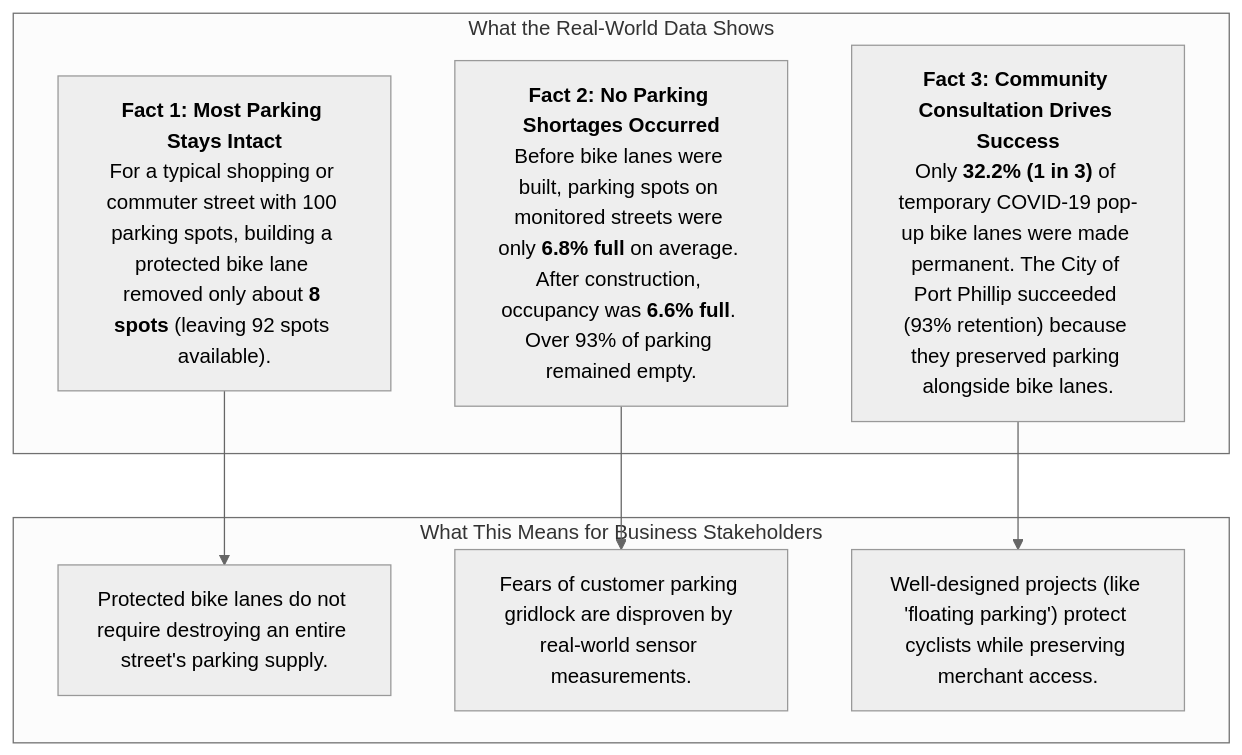
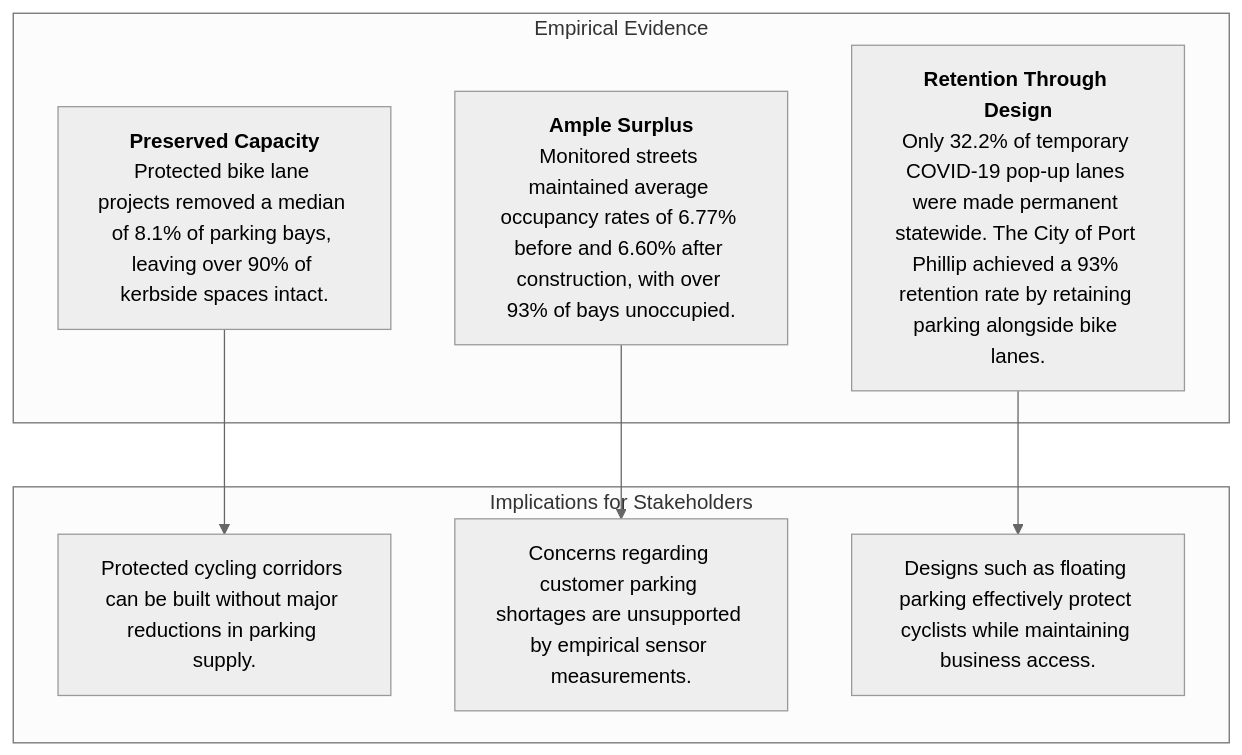
Before and after one commit to rooien/urban-analysis: the first of 6 diagrams in team_b/PARKING_UTILISATION_INSIGHTS.md, drawn with Mermaid (neutral theme). The commit also changed other lines of this file, not shown here.

````diff
--- a/team_b/PARKING_UTILISATION_INSIGHTS.md
+++ b/team_b/PARKING_UTILISATION_INSIGHTS.md
@@ -30,18 +30,18 @@
 ```mermaid
 flowchart TD
-    subgraph Facts ["What the Real-World Data Shows"]
-        F1["<b>Fact 1: Most Parking Stays Intact</b><br/>For a typical shopping or commuter street with 100 parking spots, building a protected bike lane removed only about <b>8 spots</b> (leaving 92 spots available)."]
-        F2["<b>Fact 2: No Parking Shortages Occurred</b><br/>Before bike lanes were built, parking spots on monitored streets were only <b>6.8% full</b> on average. After construction, occupancy was <b>6.6% full</b>. Over 93% of parking remained empty."]
-        F3["<b>Fact 3: Community Consultation Drives Success</b><br/>Only <b>32.2% (1 in 3)</b> of temporary COVID-19 pop-up bike lanes were made permanent. The City of Port Phillip succeeded (93% retention) because they preserved parking alongside bike lanes."]
+    subgraph Findings ["Empirical Evidence"]
+        F1["<b>Preserved Capacity</b><br/>Protected bike lane projects removed a median of 8.1% of parking bays, leaving over 90% of kerbside spaces intact."]
+        F2["<b>Ample Surplus</b><br/>Monitored streets maintained average occupancy rates of 6.77% before and 6.60% after construction, with over 93% of bays unoccupied."]
+        F3["<b>Retention Through Design</b><br/>Only 32.2% of temporary COVID-19 pop-up lanes were made permanent statewide. The City of Port Phillip achieved a 93% retention rate by retaining parking alongside bike lanes."]
     end
 
-    subgraph BusinessMeaning ["What This Means for Business Stakeholders"]
-        B1["Protected bike lanes do not require destroying an entire street's parking supply."]
-        B2["Fears of customer parking gridlock are disproven by real-world sensor measurements."]
-        B3["Well-designed projects (like 'floating parking') protect cyclists while preserving merchant access."]
+    subgraph Implications ["Implications for Stakeholders"]
+        B1["Protected cycling corridors can be built without major reductions in parking supply."]
+        B2["Concerns regarding customer parking shortages are unsupported by empirical sensor measurements."]
+        B3["Designs such as floating parking effectively protect cyclists while maintaining business access."]
     end
 
     F1 --> B1
     F2 --> B2
     F3 --> B3
 ```
````
